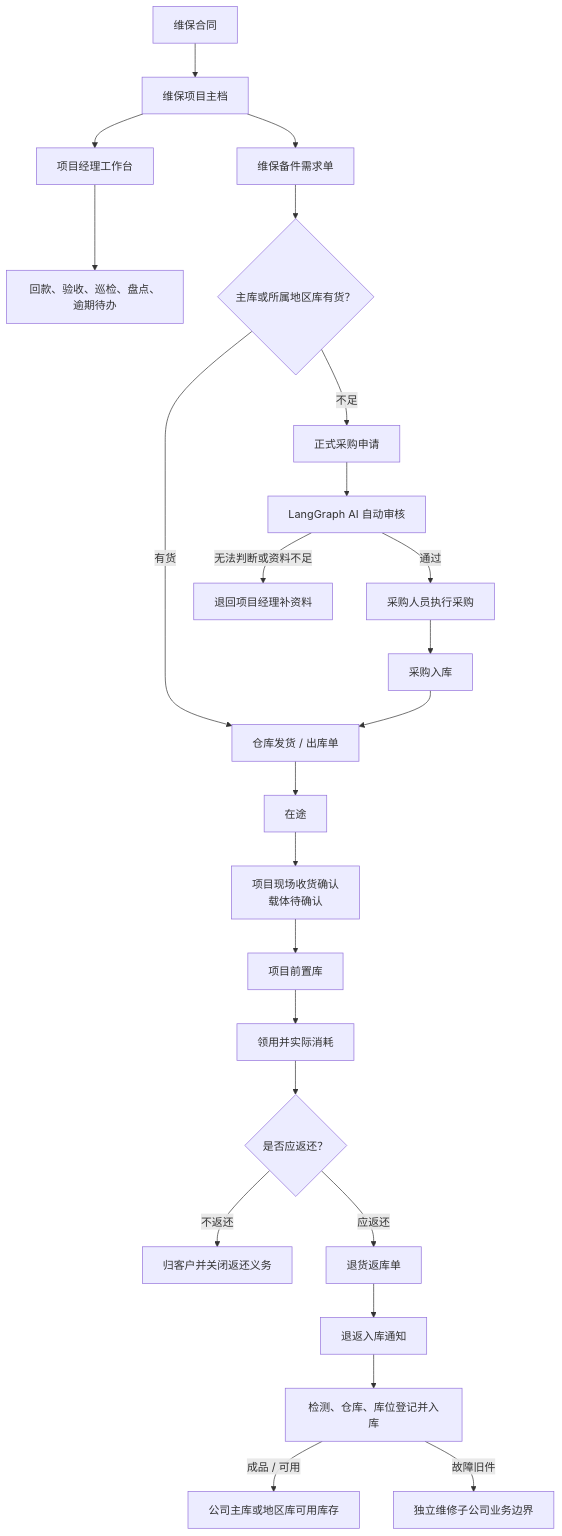
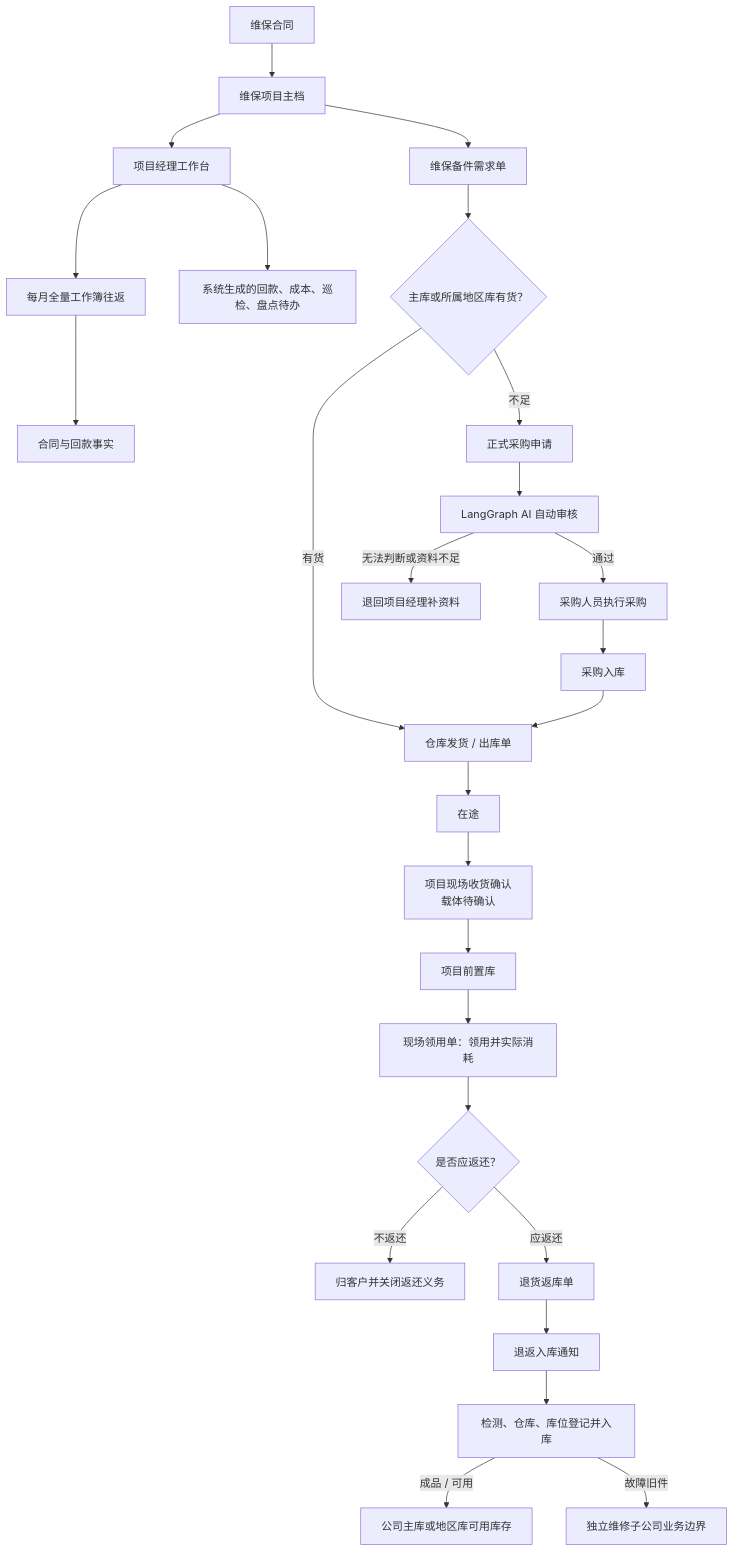
The first of 2 diagrams in docs/maintenance/business-handbook.md (Jinchen-Yang/it-spareparts), drawn with Mermaid before and after one commit. The commit also changed other lines of this file and 1 other file, not shown here.

````diff
--- a/docs/maintenance/business-handbook.md
+++ b/docs/maintenance/business-handbook.md
@@ -30,26 +30,28 @@
 ```mermaid
 flowchart TD
     CONTRACT["维保合同"] --> PROJECT["维保项目主档"]
     PROJECT --> PM["项目经理工作台"]
-    PM --> TODO["回款、验收、巡检、盘点、逾期待办"]
+    PM --> BOOK["每月全量工作簿往返"]
+    BOOK --> COLLECTION["合同与回款事实"]
+    PM --> TODO["系统生成的回款、成本、巡检、盘点待办"]
     PROJECT --> DEMAND["维保备件需求单"]
     DEMAND --> CHECK{"主库或所属地区库有货？"}
     CHECK -->|有货| OUT["仓库发货 / 出库单"]
     CHECK -->|不足| APPLY["正式采购申请"]
     APPLY --> AI["LangGraph AI 自动审核"]
     AI -->|通过| PO["采购人员执行采购"]
     AI -->|无法判断或资料不足| BACK["退回项目经理补资料"]
     PO --> PIN["采购入库"]
     PIN --> OUT
     OUT --> TRANSIT["在途"]
     TRANSIT --> RECEIVE["项目现场收货确认\n载体待确认"]
     RECEIVE --> FRONT["项目前置库"]
-    FRONT --> USE["领用并实际消耗"]
+    FRONT --> USE["现场领用单：领用并实际消耗"]
     USE --> DUTY{"是否应返还？"}
     DUTY -->|不返还| CUSTOMER["归客户并关闭返还义务"]
     DUTY -->|应返还| RETURN["退货返库单"]
     RETURN --> NOTICE["退返入库通知"]
     NOTICE --> RIN["检测、仓库、库位登记并入库"]
     RIN -->|成品 / 可用| AVAILABLE["公司主库或地区库可用库存"]
     RIN -->|故障旧件| REPAIR["独立维修子公司业务边界"]
 ```
````
